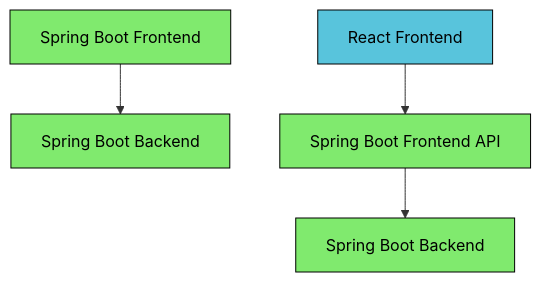
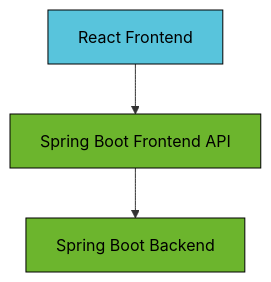
Before and after one commit to onlyteo/spring-boot-sandbox: the second of 2 diagrams in README.md, drawn with Mermaid. The commit also changed other lines of this file and 1 other file, not shown here.

````diff
--- a/README.md
+++ b/README.md
@@ -13,18 +48,12 @@
 ```mermaid
 graph TD
-    A1[Spring Boot Frontend]
-    B1[Spring Boot Backend]
-
-    A2[React Frontend]
-    B2[Spring Boot Frontend API]
-    C2[Spring Boot Backend]
-
-    A1:::spring --> B1:::spring
+    A[React Frontend]
+    B[Spring Boot Frontend API]
+    C[Spring Boot Backend]
     
-    A2:::react --> B2:::spring
-    B2:::spring --> C2:::spring
+    A:::react --> B:::spring
+    B:::spring --> C:::spring
     
     classDef react fill: #58c4dc, stroke: #000000, color: #000000
-    classDef spring fill: #80ea6e, stroke: #000000, color: #000000
-    classDef oauth2 fill: #c98979, stroke: #000000, color: #000000
+    classDef spring fill: #6cb52d, stroke: #000000, color: #000000
 ```
````
